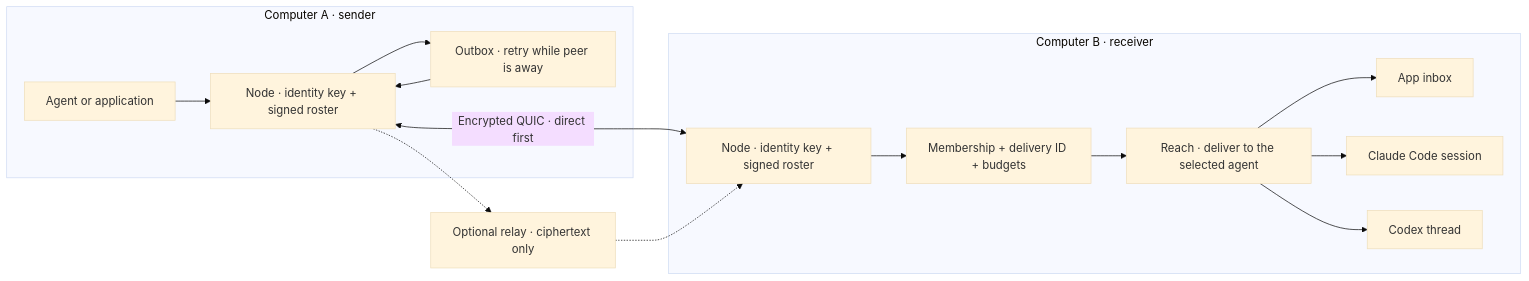
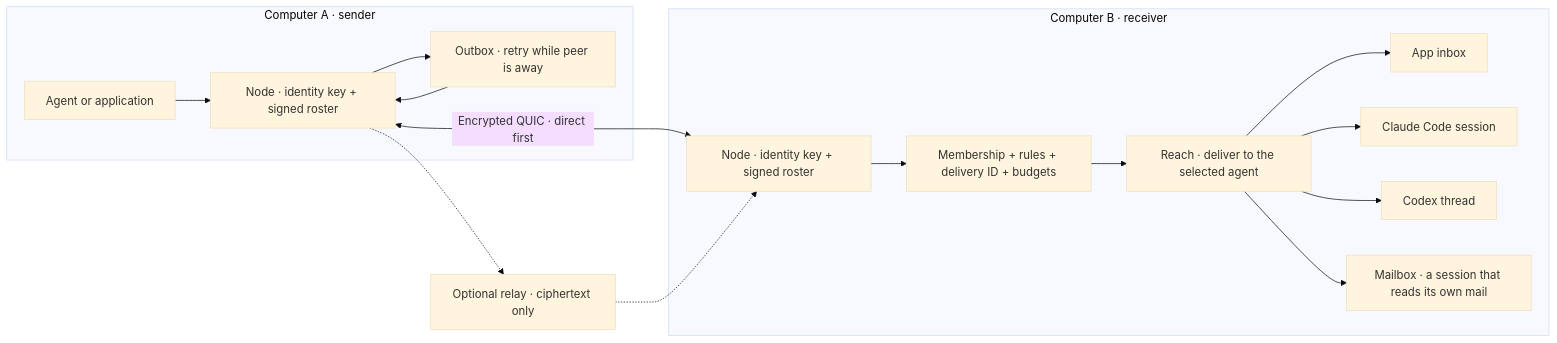
The diagram in host/crates/network/assets/architecture.mmd (leepokai/Codync), drawn with Mermaid (base theme) before and after one commit. The commit also changed 9 other files, not shown here.

```diff
--- a/host/crates/network/assets/architecture.mmd
+++ b/host/crates/network/assets/architecture.mmd
@@ -1,16 +1,17 @@
 flowchart LR
   subgraph A["Computer A · sender"]
     AA["Agent or application"] --> NA["Node · identity key + signed roster"]
     NA --> OA["Outbox · retry while peer is away"]
     OA --> NA
   end
   subgraph B["Computer B · receiver"]
-    NB["Node · identity key + signed roster"] --> G["Membership + delivery ID + budgets"]
+    NB["Node · identity key + signed roster"] --> G["Membership + rules + delivery ID + budgets"]
     G --> R["Reach · deliver to the selected agent"]
     R --> APP["App inbox"]
     R --> CL["Claude Code session"]
     R --> CX["Codex thread"]
+    R --> MB["Mailbox · a session that reads its own mail"]
   end
   NA <-->|"Encrypted QUIC · direct first"| NB
   NA -.-> RELAY["Optional relay · ciphertext only"]
   RELAY -.-> NB
```
